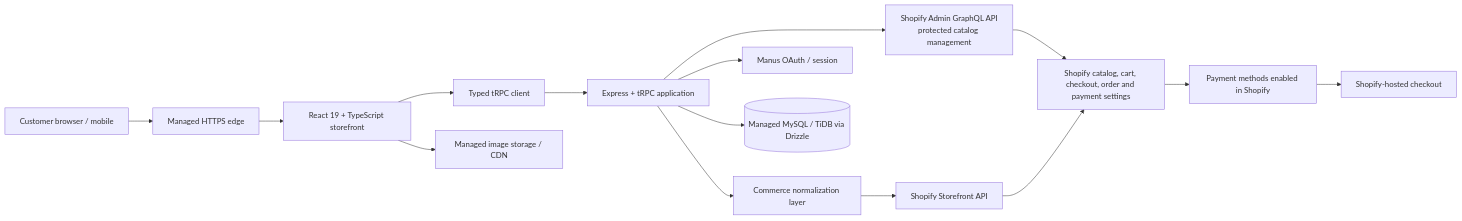
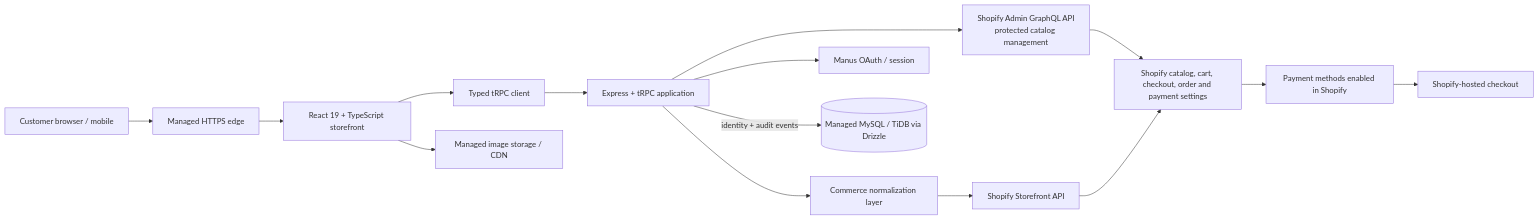
The diagram in ARCHITECTURE.md (Korirtech/Indulge-Store), drawn with Mermaid before and after one commit. The commit also changed other lines of this file and 19 other files, not shown here.

````diff
--- a/ARCHITECTURE.md
+++ b/ARCHITECTURE.md
@@ -9,17 +9,17 @@
 ```mermaid
 flowchart LR
   C[Customer browser / mobile] --> CDN[Managed HTTPS edge]
   CDN --> UI[React 19 + TypeScript storefront]
   UI --> RPC[Typed tRPC client]
   RPC --> APP[Express + tRPC application]
   APP --> NORM[Commerce normalization layer]
   NORM --> SF[Shopify Storefront API]
   APP --> ADM[Shopify Admin GraphQL API<br/>protected catalog management]
   ADM --> SHOP
   SF --> SHOP[Shopify catalog, cart, checkout, order and payment settings]
   APP --> AUTH[Manus OAuth / session]
-  APP --> DB[(Managed MySQL / TiDB via Drizzle)]
+  APP -->|identity + audit events| DB[(Managed MySQL / TiDB via Drizzle)]
   UI --> ASSET[Managed image storage / CDN]
   SHOP --> PSP[Payment methods enabled in Shopify]
   PSP --> CUSTOMER[Shopify-hosted checkout]
 ```
````
